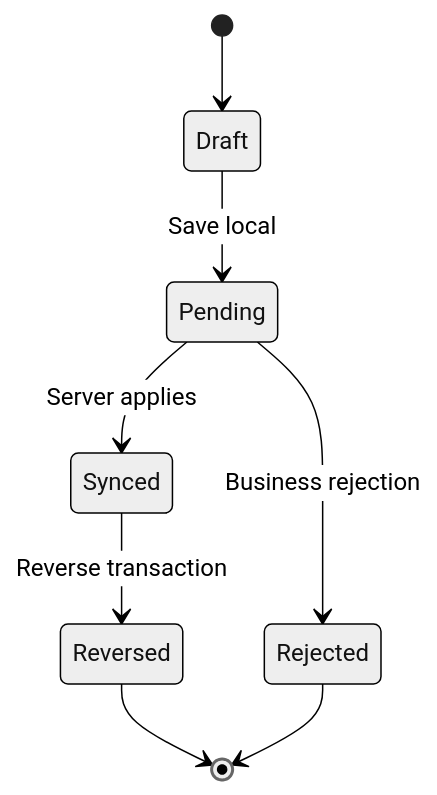
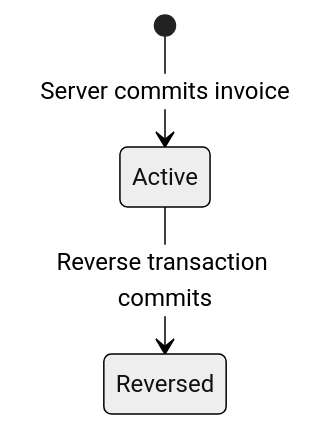
One commit to PanxiiPos/panxii-docs changed the diagram in architecture/domain_use_cases.md. Above: the diagram before and after it, drawn with Mermaid (neutral theme). The commit also changed other lines of this file and 6 other files, not shown here.

Commit message:
docs(docs): define mobile screens and API flow

````diff
--- a/architecture/domain_use_cases.md
+++ b/architecture/domain_use_cases.md
@@ -25,10 +25,5 @@
 ```mermaid
 stateDiagram-v2
-    [*] --> Draft
-    Draft --> Pending: Save local
-    Pending --> Synced: Server applies
-    Pending --> Rejected: Business rejection
-    Synced --> Reversed: Reverse transaction
-    Reversed --> [*]
-    Rejected --> [*]
+    [*] --> Active: Server commits invoice
+    Active --> Reversed: Reverse transaction commits
 ```
````
